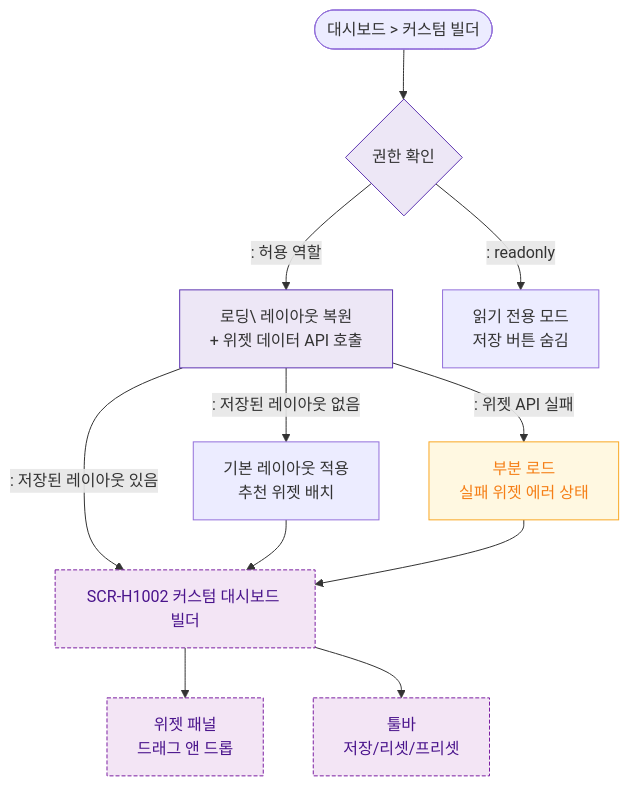
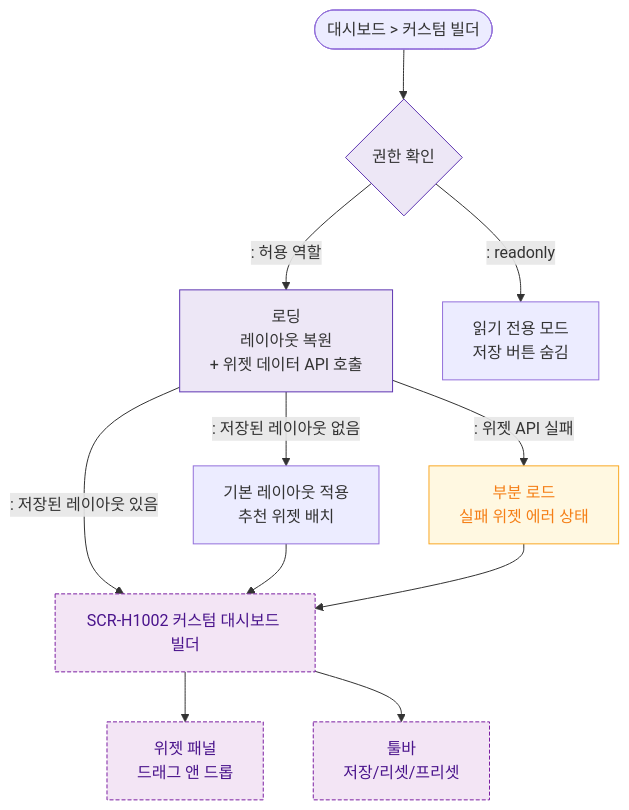
One commit to dev-spogym/admin-pando changed the diagram in docs/admin/다이어그램/D10_본사관리/SCR-H1002_커스텀대시보드빌더/F1_진입.md. Above: the diagram before and after it, drawn with Mermaid. The commit also changed 369 other files, not shown here.

````diff
--- a/docs/admin/다이어그램/D10_본사관리/SCR-H1002_커스텀대시보드빌더/F1_진입.md
+++ b/docs/admin/다이어그램/D10_본사관리/SCR-H1002_커스텀대시보드빌더/F1_진입.md
@@ -12,25 +12,25 @@
 ```mermaid
 flowchart TD
     Sidebar([대시보드 > 커스텀 빌더]) --> Auth{권한 확인}
-    Auth -->|": 허용 역할"|Loading[로딩\ 레이아웃 복원\n+ 위젯 데이터 API 호출]
+    Auth -->|": 허용 역할"|Loading[로딩<br/> 레이아웃 복원\n+ 위젯 데이터 API 호출]
     Auth -->|": readonly"|ReadOnly[읽기 전용 모드\n저장 버튼 숨김]
 
     Loading -->|": 저장된 레이아웃 있음"|SCR101[SCR-H1002 커스텀 대시보드 빌더\n]
     Loading -->|": 저장된 레이아웃 없음"|DefaultLayout[기본 레이아웃 적용\n추천 위젯 배치]
     Loading -->|": 위젯 API 실패"|PartialLoad[부분 로드\n실패 위젯 에러 상태]
 
     DefaultLayout --> SCR101
     PartialLoad --> SCR101
 
     SCR101 --> WidgetPanel[위젯 패널\n드래그 앤 드롭]
     SCR101 --> Toolbar[툴바\n저장/리셋/프리셋]
 
     classDef screen fill:#E3F2FD,stroke:#1976D2,color:#0D47A1
     classDef newFeature fill:#F3E5F5,stroke:#7B1FA2,color:#4A148C,stroke-dasharray:4 2
     classDef warning fill:#FFF8E1,stroke:#F9A825,color:#F57F17
     classDef system fill:#EDE7F6,stroke:#5E35B2
     class SCR101 newFeature
     class WidgetPanel,Toolbar newFeature
     class PartialLoad warning
     class Loading,Auth system
 ```
````
